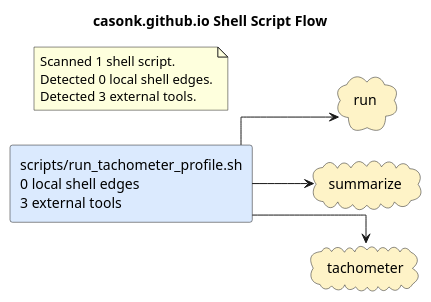
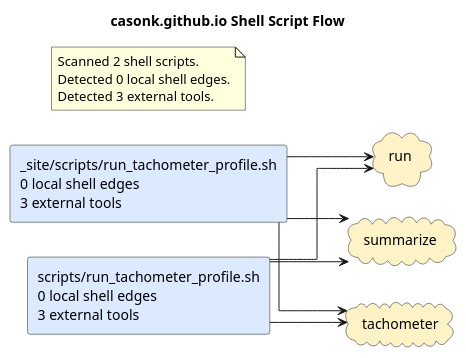
One commit to casonk/casonk.github.io changed the diagram in docs/diagrams/shell-call-graph.puml. Above: the diagram before and after it, drawn with PlantUML. The commit also changed 14 other files, not shown here.

```diff
--- a/docs/diagrams/shell-call-graph.puml
+++ b/docs/diagrams/shell-call-graph.puml
@@ -1,20 +1,24 @@
 @startuml
 title casonk.github.io Shell Script Flow
 left to right direction
 skinparam shadowing false
 skinparam defaultFontName Monospace
 skinparam componentStyle rectangle
 skinparam linetype ortho
+rectangle "_site/scripts/run_tachometer_profile.sh\n0 local shell edges\n3 external tools" as shell_site_scripts_run_tachometer_profile_sh #DBEAFE
 rectangle "scripts/run_tachometer_profile.sh\n0 local shell edges\n3 external tools" as shell_scripts_run_tachometer_profile_sh #DBEAFE
 cloud "run" as tool_run #FEF3C7
 cloud "summarize" as tool_summarize #FEF3C7
 cloud "tachometer" as tool_tachometer #FEF3C7
 shell_scripts_run_tachometer_profile_sh --> tool_run
 shell_scripts_run_tachometer_profile_sh --> tool_summarize
 shell_scripts_run_tachometer_profile_sh --> tool_tachometer
+shell_site_scripts_run_tachometer_profile_sh --> tool_run
+shell_site_scripts_run_tachometer_profile_sh --> tool_summarize
+shell_site_scripts_run_tachometer_profile_sh --> tool_tachometer
 note as shellGraphSummary
-Scanned 1 shell script.
+Scanned 2 shell scripts.
 Detected 0 local shell edges.
 Detected 3 external tools.
 end note
 @enduml
```
